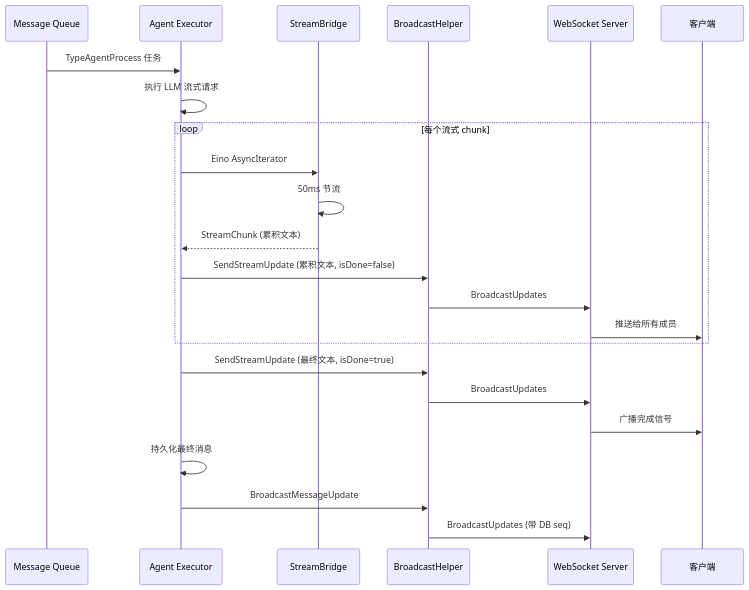
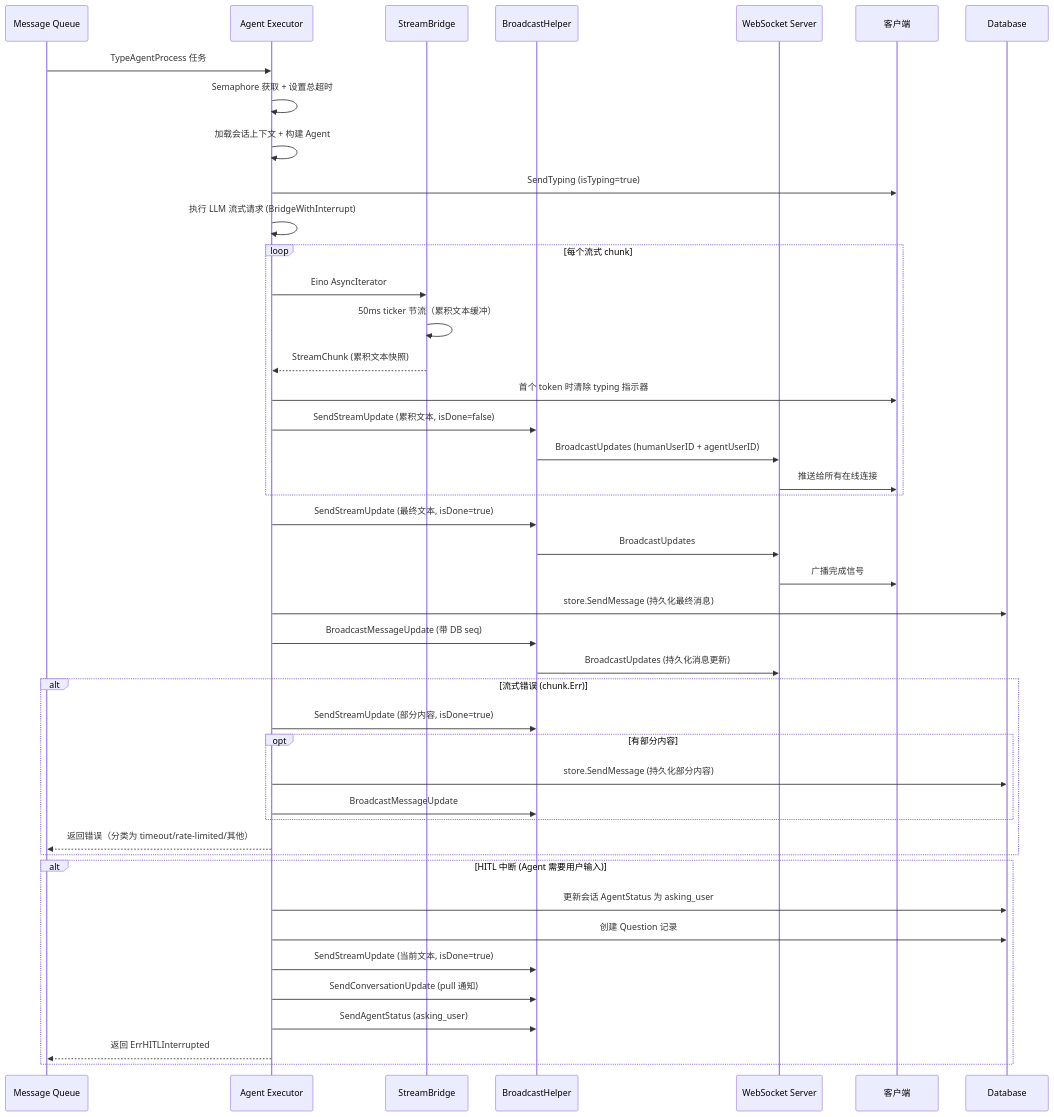
Before and after one commit to PineappleBond/xyncra-server: the eighth of 8 diagrams in wiki/flows/stream-text.md, drawn with Mermaid. The commit also changed other lines of this file and 19 other files, not shown here.

````diff
--- a/wiki/flows/stream-text.md
+++ b/wiki/flows/stream-text.md
@@ -337,29 +341,52 @@
 ```mermaid
 sequenceDiagram
     participant MQ as Message Queue
     participant Agent as Agent Executor
     participant Bridge as StreamBridge
     participant BH as BroadcastHelper
     participant WS as WebSocket Server
     participant C as 客户端
+    participant DB as Database
 
     MQ->>Agent: TypeAgentProcess 任务
-    Agent->>Agent: 执行 LLM 流式请求
+    Agent->>Agent: Semaphore 获取 + 设置总超时
+    Agent->>Agent: 加载会话上下文 + 构建 Agent
+    Agent->>C: SendTyping (isTyping=true)
+    Agent->>Agent: 执行 LLM 流式请求 (BridgeWithInterrupt)
 
     loop 每个流式 chunk
         Agent->>Bridge: Eino AsyncIterator
-        Bridge->>Bridge: 50ms 节流
-        Bridge-->>Agent: StreamChunk (累积文本)
+        Bridge->>Bridge: 50ms ticker 节流（累积文本缓冲）
+        Bridge-->>Agent: StreamChunk (累积文本快照)
+        Agent->>C: 首个 token 时清除 typing 指示器
         Agent->>BH: SendStreamUpdate (累积文本, isDone=false)
-        BH->>WS: BroadcastUpdates
-        WS->>C: 推送给所有成员
+        BH->>WS: BroadcastUpdates (humanUserID + agentUserID)
+        WS->>C: 推送给所有在线连接
     end
 
     Agent->>BH: SendStreamUpdate (最终文本, isDone=true)
     BH->>WS: BroadcastUpdates
     WS->>C: 广播完成信号
 
-    Agent->>Agent: 持久化最终消息
-    Agent->>BH: BroadcastMessageUpdate
-    BH->>WS: BroadcastUpdates (带 DB seq)
+    Agent->>DB: store.SendMessage (持久化最终消息)
+    Agent->>BH: BroadcastMessageUpdate (带 DB seq)
+    BH->>WS: BroadcastUpdates (持久化消息更新)
+
+    alt 流式错误 (chunk.Err)
+        Agent->>BH: SendStreamUpdate (部分内容, isDone=true)
+        opt 有部分内容
+            Agent->>DB: store.SendMessage (持久化部分内容)
+            Agent->>BH: BroadcastMessageUpdate
+        end
+        Agent-->>MQ: 返回错误（分类为 timeout/rate-limited/其他）
+    end
+
+    alt HITL 中断 (Agent 需要用户输入)
+        Agent->>DB: 更新会话 AgentStatus 为 asking_user
+        Agent->>DB: 创建 Question 记录
+        Agent->>BH: SendStreamUpdate (当前文本, isDone=true)
+        Agent->>BH: SendConversationUpdate (pull 通知)
+        Agent->>BH: SendAgentStatus (asking_user)
+        Agent-->>MQ: 返回 ErrHITLInterrupted
+    end
 ```
````
